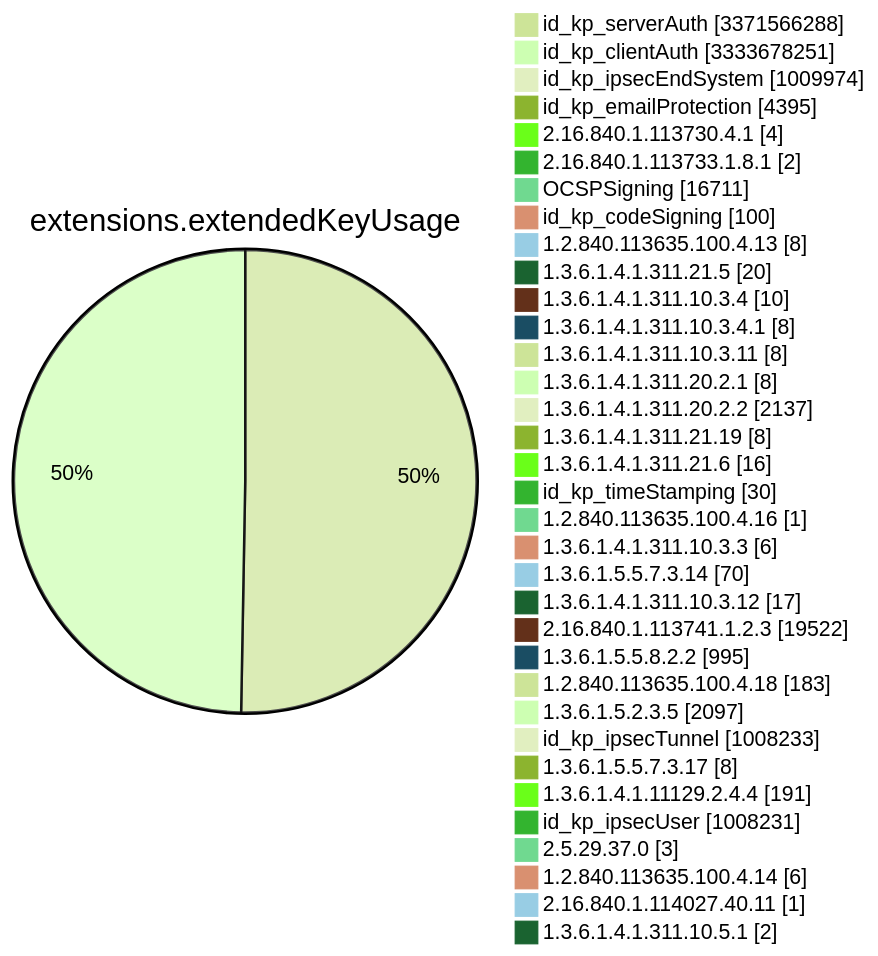
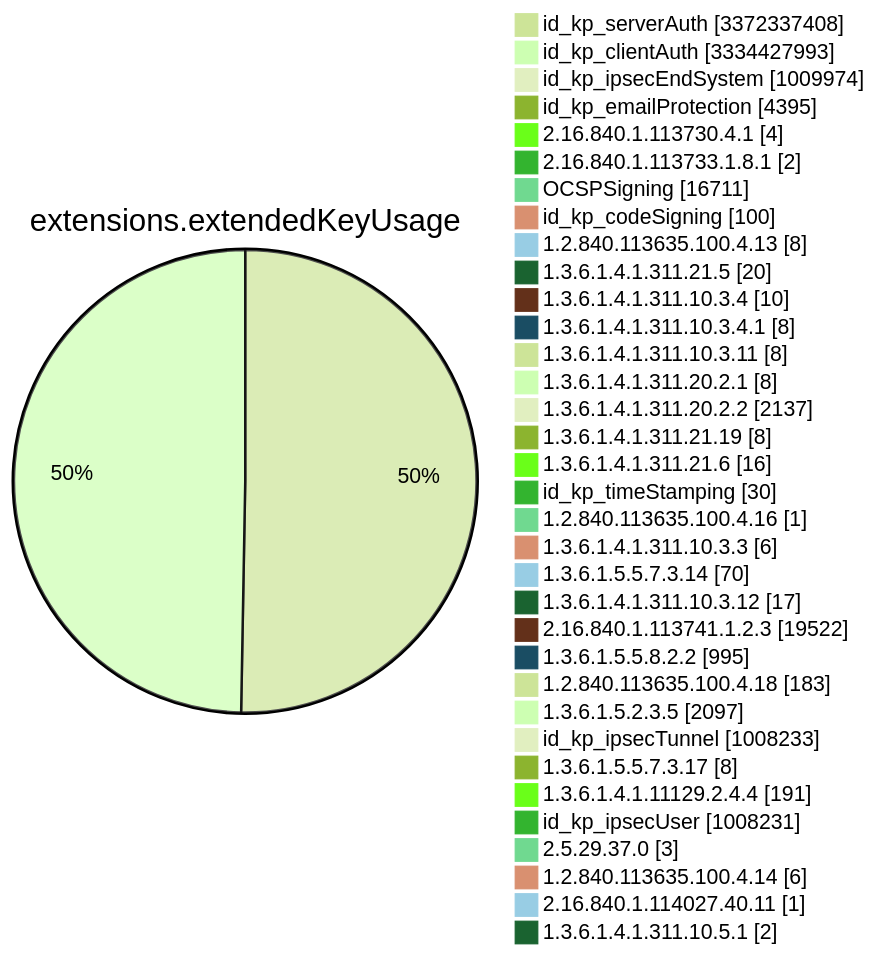
One commit to christiankrug/ctmonitor_visualization changed diagram 11 of 15 in TOTAL/README.md. Above: the diagram before and after it, drawn with Mermaid (forest theme). The commit also changed other lines of this file, not shown here.

````diff
--- a/TOTAL/README.md
+++ b/TOTAL/README.md
@@ -4120,38 +4120,38 @@
 ```mermaid
 pie showData
 title extensions.extendedKeyUsage
-"id_kp_serverAuth" :3371566288
-"id_kp_clientAuth" :3333678251
+"id_kp_serverAuth" :3372337408
+"id_kp_clientAuth" :3334427993
 "id_kp_ipsecEndSystem" :1009974
 "id_kp_emailProtection" :4395
 "2.16.840.1.113730.4.1" :4
 "2.16.840.1.113733.1.8.1" :2
 "OCSPSigning" :16711
 "id_kp_codeSigning" :100
 "1.2.840.113635.100.4.13" :8
 "1.3.6.1.4.1.311.21.5" :20
 "1.3.6.1.4.1.311.10.3.4" :10
 "1.3.6.1.4.1.311.10.3.4.1" :8
 "1.3.6.1.4.1.311.10.3.11" :8
 "1.3.6.1.4.1.311.20.2.1" :8
 "1.3.6.1.4.1.311.20.2.2" :2137
 "1.3.6.1.4.1.311.21.19" :8
 "1.3.6.1.4.1.311.21.6" :16
 "id_kp_timeStamping" :30
 "1.2.840.113635.100.4.16" :1
 "1.3.6.1.4.1.311.10.3.3" :6
 "1.3.6.1.5.5.7.3.14" :70
 "1.3.6.1.4.1.311.10.3.12" :17
 "2.16.840.1.113741.1.2.3" :19522
 "1.3.6.1.5.5.8.2.2" :995
 "1.2.840.113635.100.4.18" :183
 "1.3.6.1.5.2.3.5" :2097
 "id_kp_ipsecTunnel" :1008233
 "1.3.6.1.5.5.7.3.17" :8
 "1.3.6.1.4.1.11129.2.4.4" :191
 "id_kp_ipsecUser" :1008231
 "2.5.29.37.0" :3
 "1.2.840.113635.100.4.14" :6
 "2.16.840.1.114027.40.11" :1
 "1.3.6.1.4.1.311.10.5.1" :2
 ```
````
